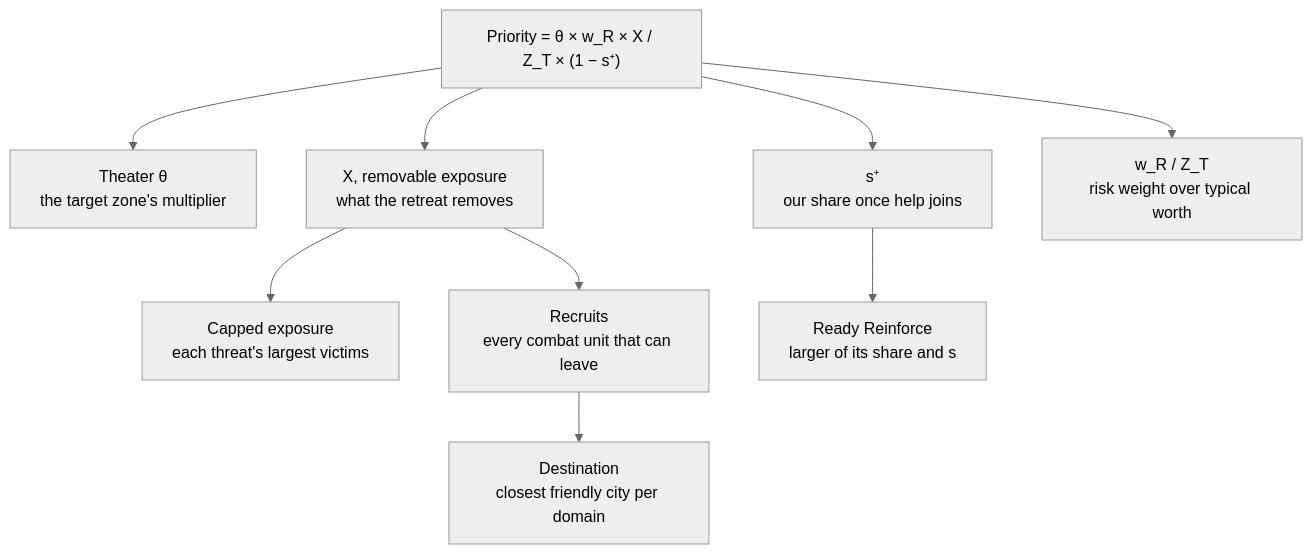
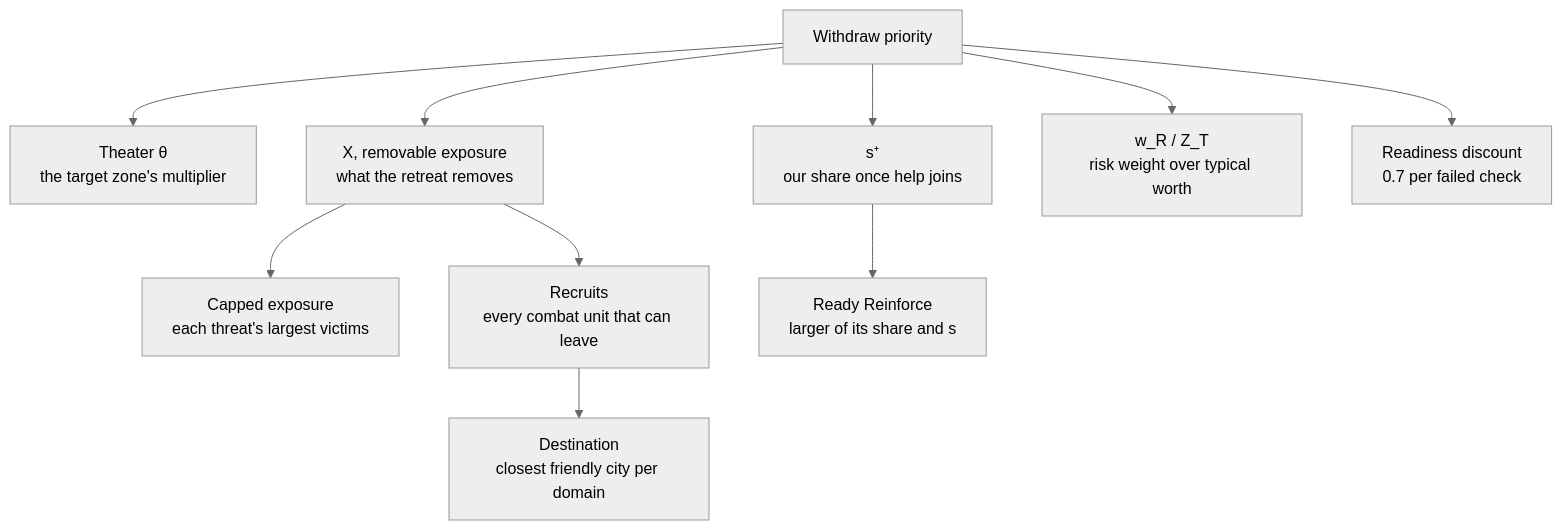
Before and after one commit to vox-deorum/vox-deorum: the diagram in docs/developers/civ5-dll/unit-ai/commands/withdrawal.md, drawn with Mermaid (neutral theme). The commit also changed other lines of this file, not shown here.

````diff
--- a/docs/developers/civ5-dll/unit-ai/commands/withdrawal.md
+++ b/docs/developers/civ5-dll/unit-ai/commands/withdrawal.md
@@ -7,12 +7,13 @@
 ```mermaid
 flowchart TD
-    P["Priority = θ × w_R × X / Z_T × (1 − s⁺)"]
+    P["Withdraw priority"]
     P --> T["Theater θ<br/>the target zone's multiplier"]
     P --> X["X, removable exposure<br/>what the retreat removes"]
     P --> S["s⁺<br/>our share once help joins"]
     P --> R["w_R / Z_T<br/>risk weight over typical worth"]
+    P --> F["Readiness discount<br/>0.7 per failed check"]
     X --> C["Capped exposure<br/>each threat's largest victims"]
     X --> G["Recruits<br/>every combat unit that can leave"]
     G --> D["Destination<br/>closest friendly city per domain"]
     S --> H["Ready Reinforce<br/>larger of its share and s"]
 ```
````
